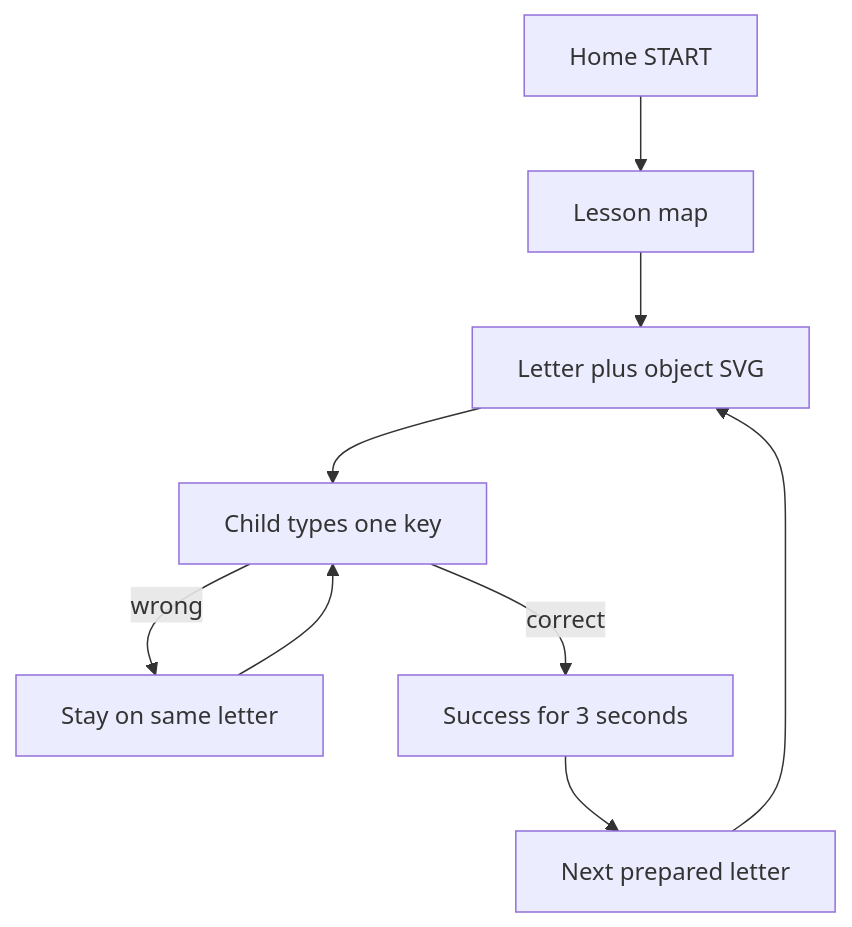
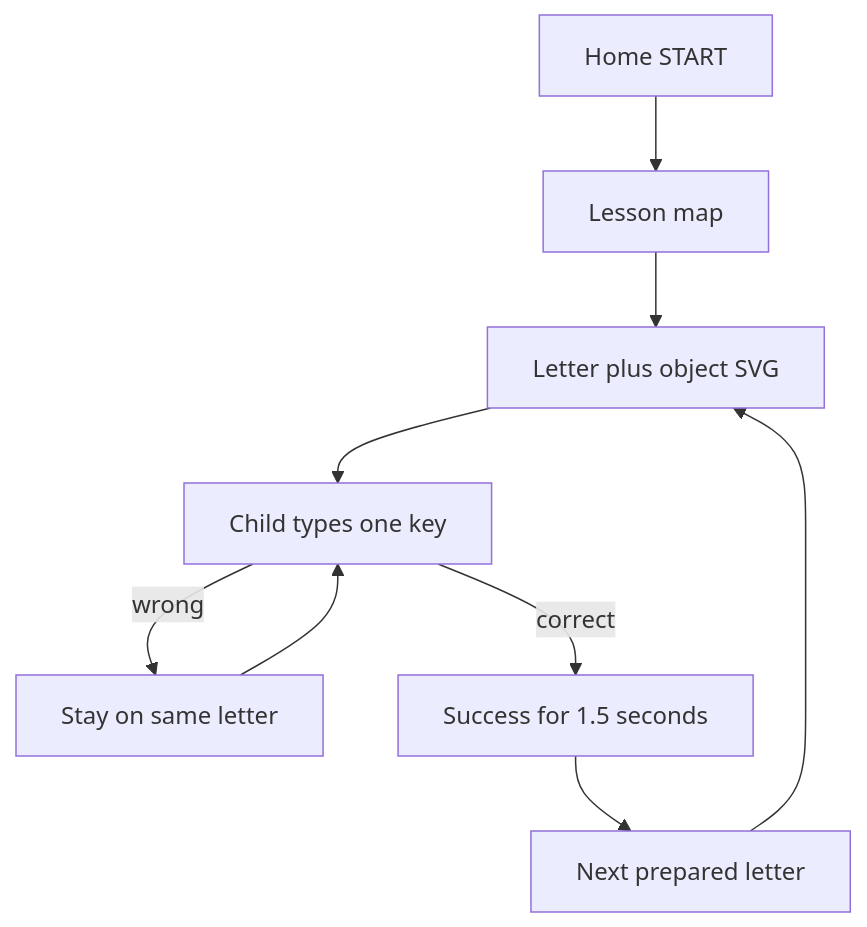
Before and after one commit to sajjadmurtaza/keyboard-adventure: the diagram in README.md, drawn with Mermaid. The commit also changed other lines of this file and 20 other files, not shown here.

````diff
--- a/README.md
+++ b/README.md
@@ -18,13 +33,13 @@
 ```mermaid
 flowchart TD
   home[Home START]
   map[Lesson map]
   ready[Letter plus object SVG]
   type[Child types one key]
   wrong[Stay on same letter]
-  win[Success for 3 seconds]
+  win[Success for 1.5 seconds]
   next[Next prepared letter]
   home --> map --> ready --> type
   type -->|wrong| wrong --> type
   type -->|correct| win --> next --> ready
 ```
````
